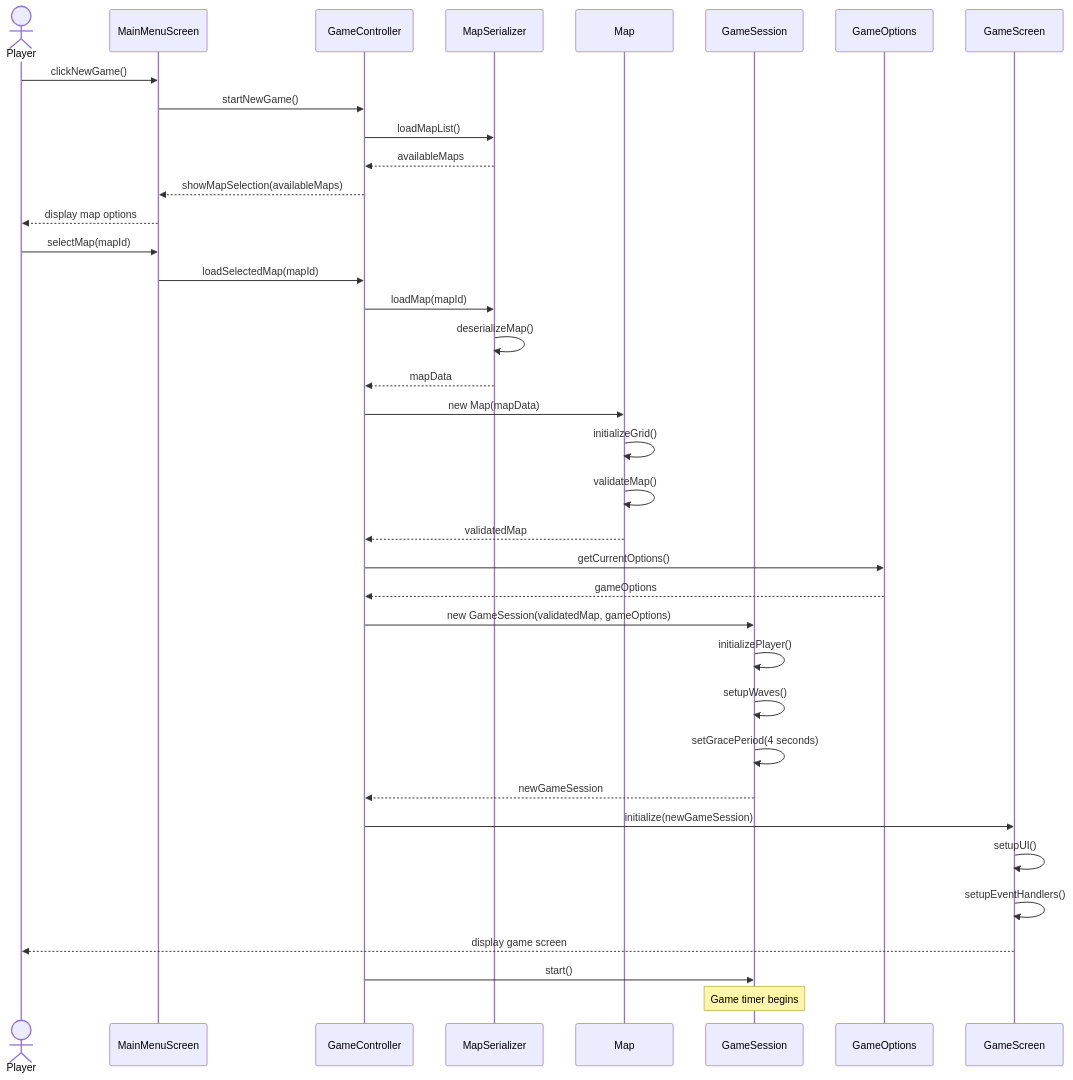
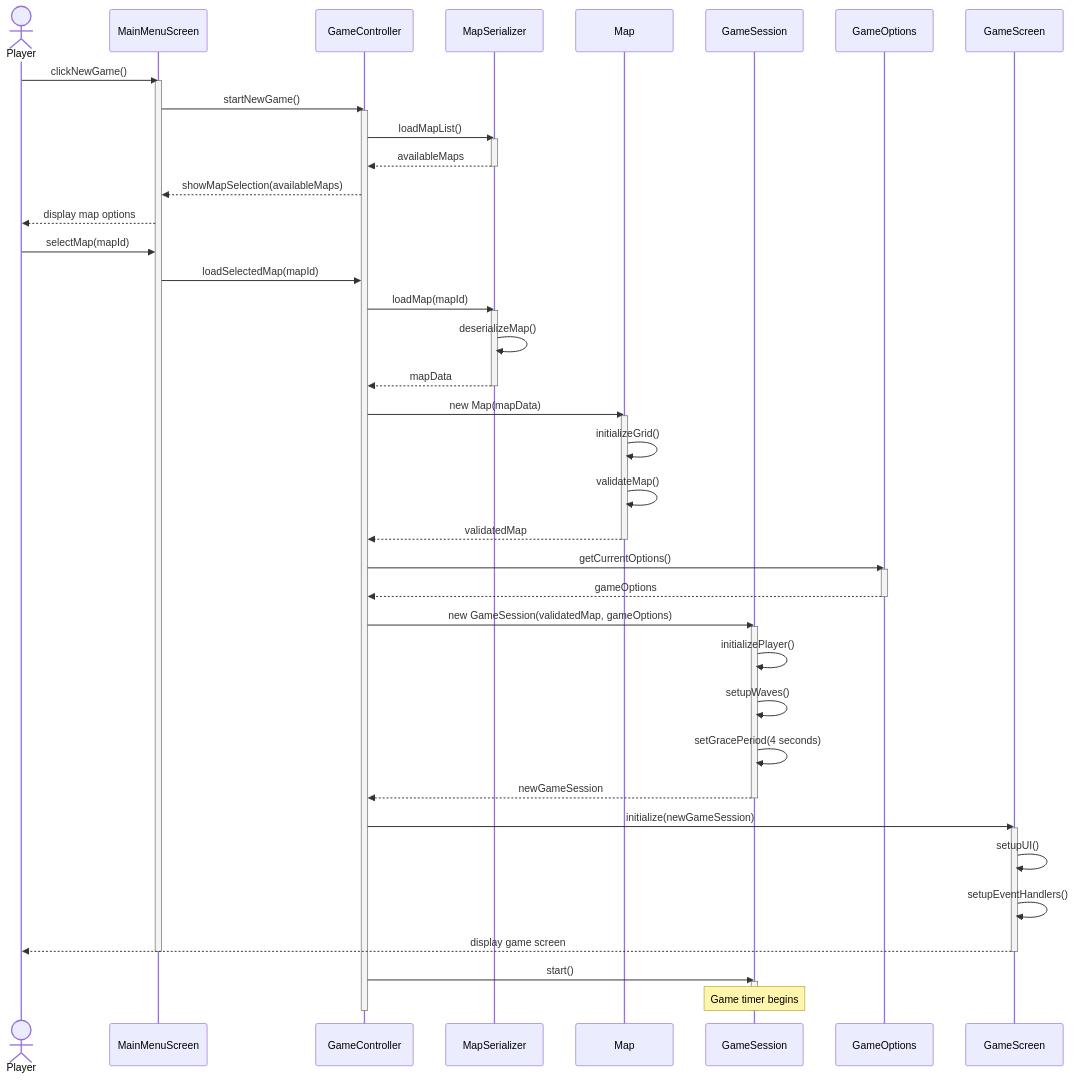
The diagram in D1-artifacts/sequence_diagrams/SD_StartNewGame.md (EYErbil/KuTowerDefense), drawn with Mermaid before and after one commit. The commit also changed 10 other files, not shown here.

Commit message:
ADD : execution specification for sequence diagrams

````diff
--- a/D1-artifacts/sequence_diagrams/SD_StartNewGame.md
+++ b/D1-artifacts/sequence_diagrams/SD_StartNewGame.md
@@ -3,46 +3,64 @@
 ```mermaid
 sequenceDiagram
     actor Player
     participant MainMenuScreen
     participant GameController
     participant MapSerializer
     participant Map
     participant GameSession
     participant GameOptions
     participant GameScreen
 
     Player->>MainMenuScreen: clickNewGame()
+    activate MainMenuScreen
     MainMenuScreen->>GameController: startNewGame()
+    activate GameController
     GameController->>MapSerializer: loadMapList()
+    activate MapSerializer
     MapSerializer-->>GameController: availableMaps
+    deactivate MapSerializer
     GameController-->>MainMenuScreen: showMapSelection(availableMaps)
     MainMenuScreen-->>Player: display map options
     
     Player->>MainMenuScreen: selectMap(mapId)
     MainMenuScreen->>GameController: loadSelectedMap(mapId)
     GameController->>MapSerializer: loadMap(mapId)
+    activate MapSerializer
     MapSerializer->>MapSerializer: deserializeMap()
     MapSerializer-->>GameController: mapData
+    deactivate MapSerializer
     
     GameController->>Map: new Map(mapData)
+    activate Map
     Map->>Map: initializeGrid()
     Map->>Map: validateMap()
     Map-->>GameController: validatedMap
+    deactivate Map
     
     GameController->>GameOptions: getCurrentOptions()
+    activate GameOptions
     GameOptions-->>GameController: gameOptions
+    deactivate GameOptions
     
     GameController->>GameSession: new GameSession(validatedMap, gameOptions)
+    activate GameSession
     GameSession->>GameSession: initializePlayer()
     GameSession->>GameSession: setupWaves()
     GameSession->>GameSession: setGracePeriod(4 seconds)
     GameSession-->>GameController: newGameSession
+    deactivate GameSession
     
     GameController->>GameScreen: initialize(newGameSession)
+    activate GameScreen
     GameScreen->>GameScreen: setupUI()
     GameScreen->>GameScreen: setupEventHandlers()
     GameScreen-->>Player: display game screen
+    deactivate GameScreen
+    deactivate MainMenuScreen
     
     GameController->>GameSession: start()
+    activate GameSession
     note over GameSession: Game timer begins
+    deactivate GameSession
+    deactivate GameController
 ``` 
````
